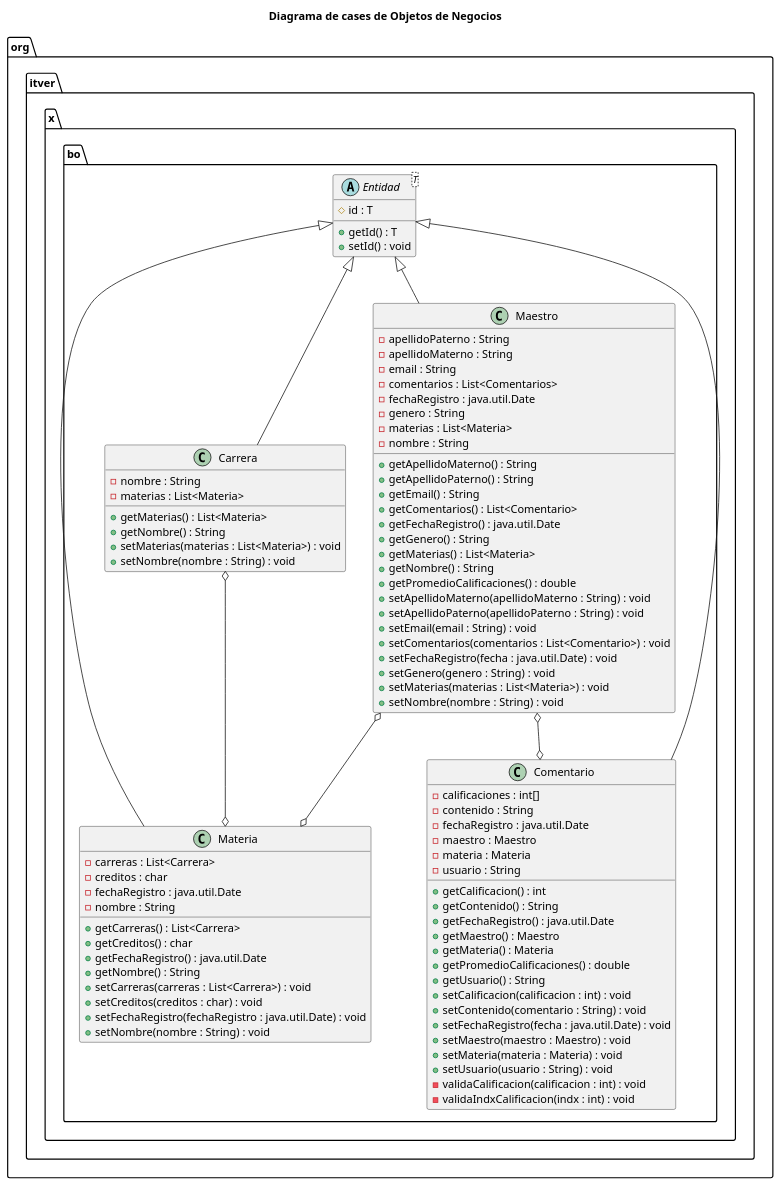
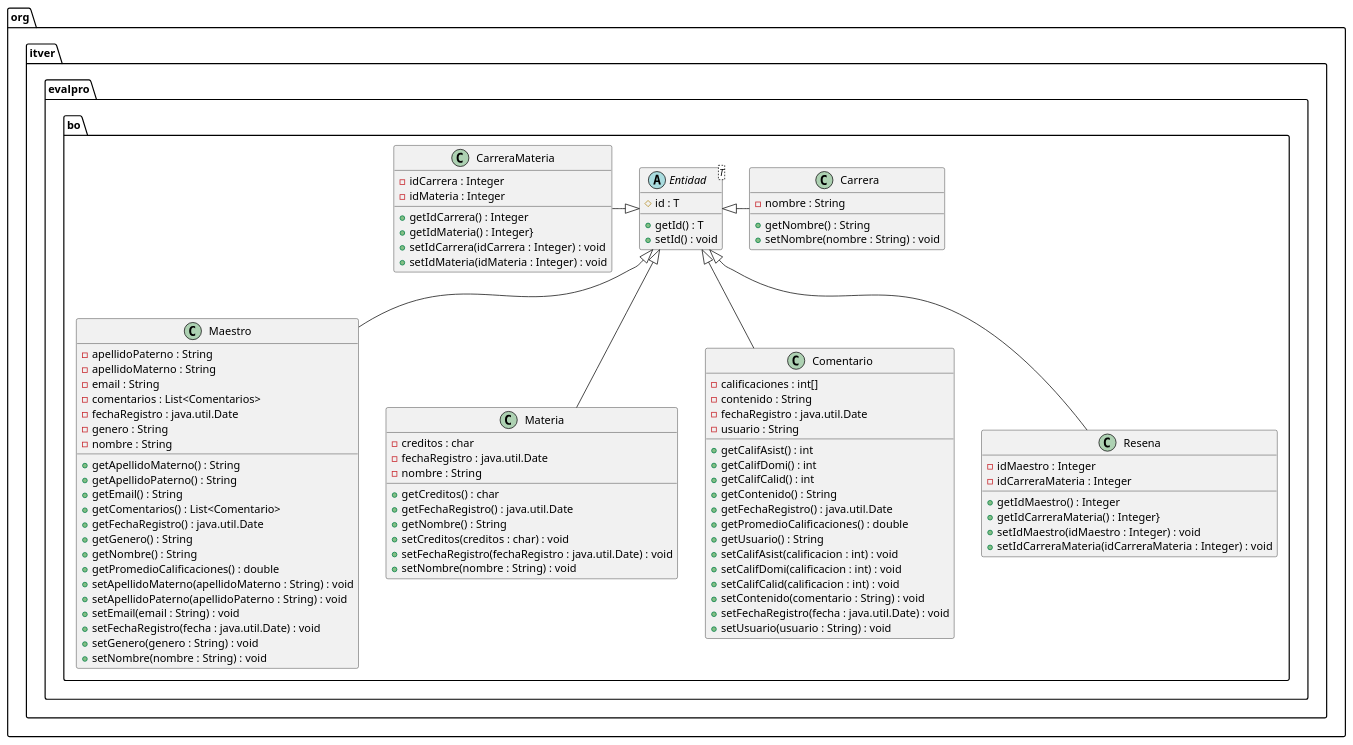
Before and after one commit to GPS-A-D-2105/API-PERSISTENCIA: the diagram in uml/DTO.puml, drawn with PlantUML. The commit also changed 22 other files, not shown here.

```diff
--- a/uml/DTO.puml
+++ b/uml/DTO.puml
@@ -1,100 +1,107 @@
 @startuml
 
-title Diagrama de cases de Objetos de Negocios
-package org.itver.x.bo{
+package org.itver.evalpro.bo{
 
     abstract class Entidad<T>{
         #id : T
         +getId() : T
         +setId() : void
     }
     class Carrera{
         -nombre : String
-        -materias : List<Materia>
-        +getMaterias() : List<Materia>
         +getNombre() : String
-        +setMaterias(materias : List<Materia>) : void
         +setNombre(nombre : String) : void
     }
     class Maestro{
         -apellidoPaterno : String
         -apellidoMaterno : String
         -email : String
         -comentarios : List<Comentarios>
         -fechaRegistro : java.util.Date
         -genero : String
-        -materias : List<Materia>
         -nombre : String
         +getApellidoMaterno() : String
         +getApellidoPaterno() : String
         +getEmail() : String
         +getComentarios() : List<Comentario>
         +getFechaRegistro() : java.util.Date
         +getGenero() : String
-        +getMaterias() : List<Materia>
         +getNombre() : String
         +getPromedioCalificaciones() : double
         +setApellidoMaterno(apellidoMaterno : String) : void
         +setApellidoPaterno(apellidoPaterno : String) : void
         +setEmail(email : String) : void
-        +setComentarios(comentarios : List<Comentario>) : void
         +setFechaRegistro(fecha : java.util.Date) : void
-        +setGenero(genero : String) : void
-        +setMaterias(materias : List<Materia>) : void
+        +setGenero(genero : String) : void        
         +setNombre(nombre : String) : void
     }
 
     class Materia{
-        -carreras : List<Carrera>
         -creditos : char
         -fechaRegistro : java.util.Date
-        -nombre : String
-        +getCarreras() : List<Carrera>
+        -nombre : String        
         +getCreditos() : char
         +getFechaRegistro() : java.util.Date
         +getNombre() : String
-        +setCarreras(carreras : List<Carrera>) : void
         +setCreditos(creditos : char) : void
         +setFechaRegistro(fechaRegistro : java.util.Date) : void
         +setNombre(nombre : String) : void
     }
     class Comentario{
         -calificaciones : int[]
         -contenido : String
         -fechaRegistro : java.util.Date
-        -maestro : Maestro
-        -materia : Materia
         -usuario : String
-        +getCalificacion() : int
+        +getCalifAsist() : int
+        +getCalifDomi() : int
+        +getCalifCalid() : int
         +getContenido() : String
         +getFechaRegistro() : java.util.Date
-        +getMaestro() : Maestro
-        +getMateria() : Materia
         +getPromedioCalificaciones() : double
         +getUsuario() : String
-        +setCalificacion(calificacion : int) : void
+        +setCalifAsist(calificacion : int) : void
+        +setCalifDomi(calificacion : int) : void
+        +setCalifCalid(calificacion : int) : void
         +setContenido(comentario : String) : void
-        +setFechaRegistro(fecha : java.util.Date) : void
-        +setMaestro(maestro : Maestro) : void
-        +setMateria(materia : Materia) : void        
+        +setFechaRegistro(fecha : java.util.Date) : void        
         +setUsuario(usuario : String) : void
-        -validaCalificacion(calificacion : int) : void
-        -validaIndxCalificacion(indx : int) : void
     }
+
+    class CarreraMateria{
+        -idCarrera : Integer
+        -idMateria : Integer
+        + getIdCarrera() : Integer
+        + getIdMateria() : Integer}
+        + setIdCarrera(idCarrera : Integer) : void
+        + setIdMateria(idMateria : Integer) : void
+    }
+
+    class Resena{
+        -idMaestro : Integer
+        -idCarreraMateria : Integer
+        + getIdMaestro() : Integer
+        + getIdCarreraMateria() : Integer}
+        + setIdMaestro(idMaestro : Integer) : void
+        + setIdCarreraMateria(idCarreraMateria : Integer) : void
+    }
+
     /'
     'Ocultar métodos o atributos
     hide methods
     hide attributes
     '/
     'Relaciones
-    Carrera o--o Materia
-    Maestro o--o Materia
+    'Carrera o--o Materia
+    'Maestro o--o Materia
     
-    Maestro o--o Comentario
-    Carrera -up-|> Entidad
+    'Maestro o--o Comentario
+    Carrera -left-|> Entidad
     Comentario -up-|> Entidad
     Maestro -up-|> Entidad
-    Materia -left-|> Entidad
+    Materia -up-|> Entidad
+    CarreraMateria -right-|> Entidad
+    Resena -up-|> Entidad
+    
 }
 
 @enduml
```
